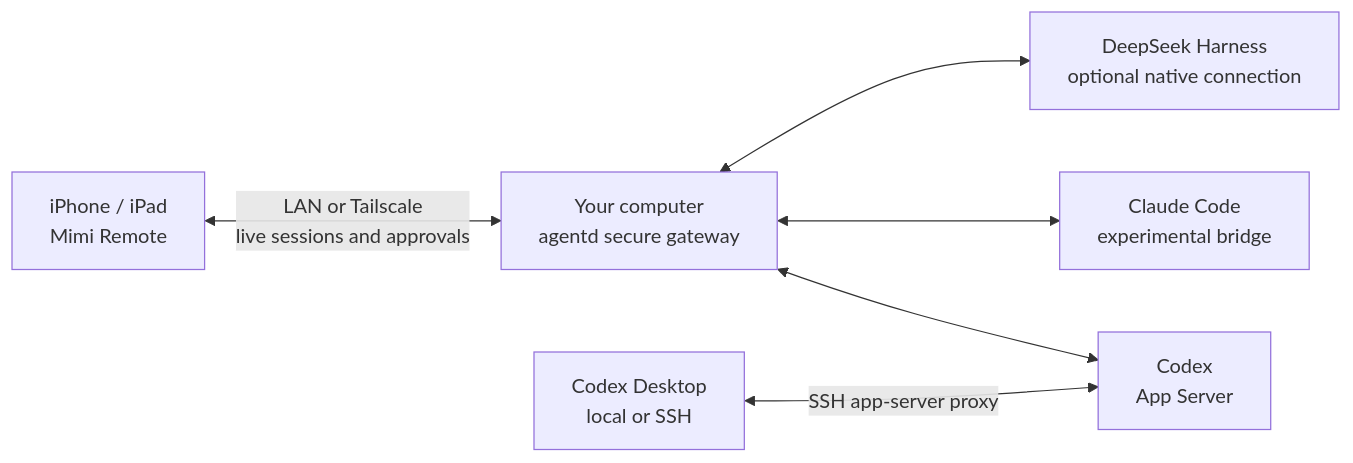
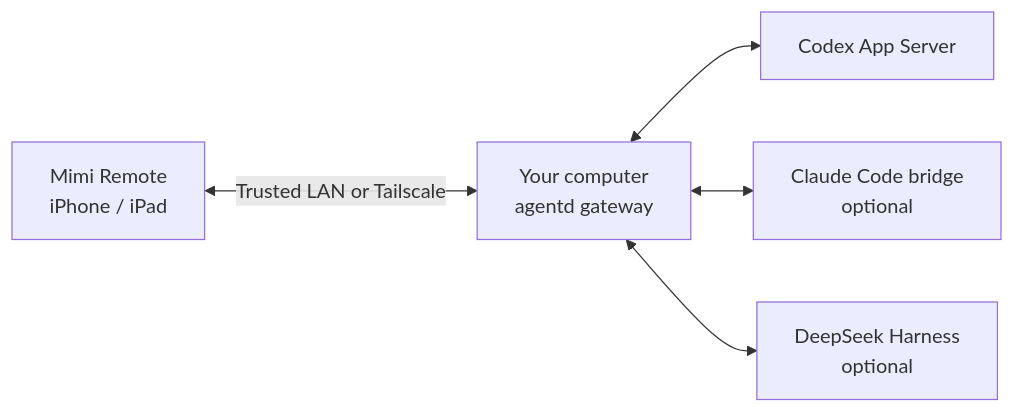
Before and after one commit to gaixianggeng/mimi-remote: the diagram in README.md, drawn with Mermaid. The commit also changed other lines of this file and 1 other file, not shown here.

````diff
--- a/README.md
+++ b/README.md
@@ -106,15 +54,7 @@
 ```mermaid
 flowchart LR
-    Mobile["iPhone / iPad<br/>Mimi Remote"]
-    Gateway["Your computer<br/>agentd secure gateway"]
-    Codex["Codex<br/>App Server"]
-    Desktop["Codex Desktop<br/>local or SSH"]
-    Claude["Claude Code<br/>experimental bridge"]
-    DeepSeek["DeepSeek Harness<br/>optional native connection"]
-
-    Mobile <-->|"LAN or Tailscale<br/>live sessions and approvals"| Gateway
-    Gateway <--> Codex
-    Desktop <-->|"SSH app-server proxy"| Codex
-    Gateway <--> Claude
-    Gateway <--> DeepSeek
+    Mobile["Mimi Remote<br/>iPhone / iPad"] <-->|"Trusted LAN or Tailscale"| Host["Your computer<br/>agentd gateway"]
+    Host <--> Codex["Codex App Server"]
+    Host <--> Claude["Claude Code bridge<br/>optional"]
+    Host <--> DeepSeek["DeepSeek Harness<br/>optional"]
 ```
````
